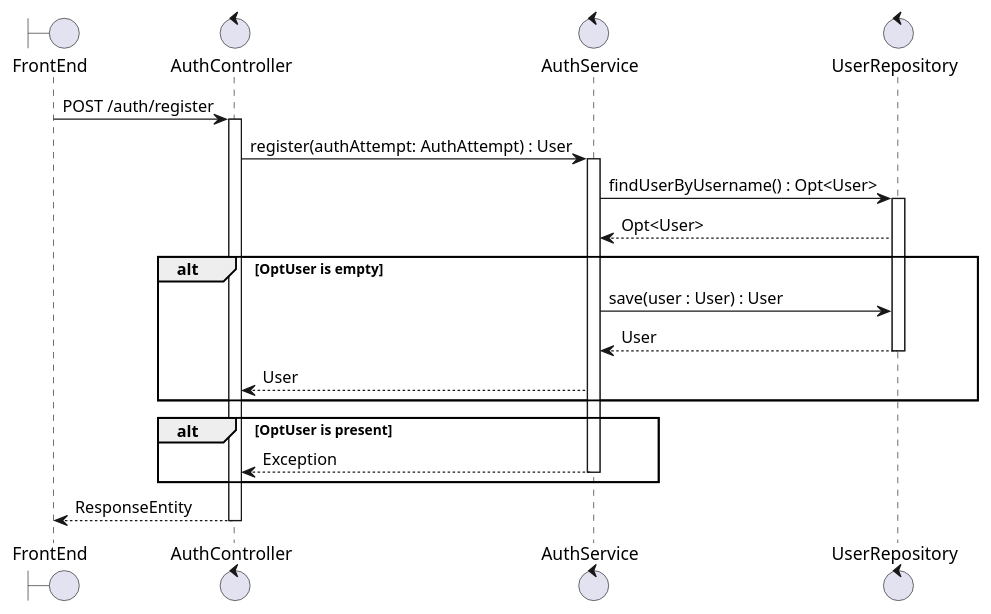
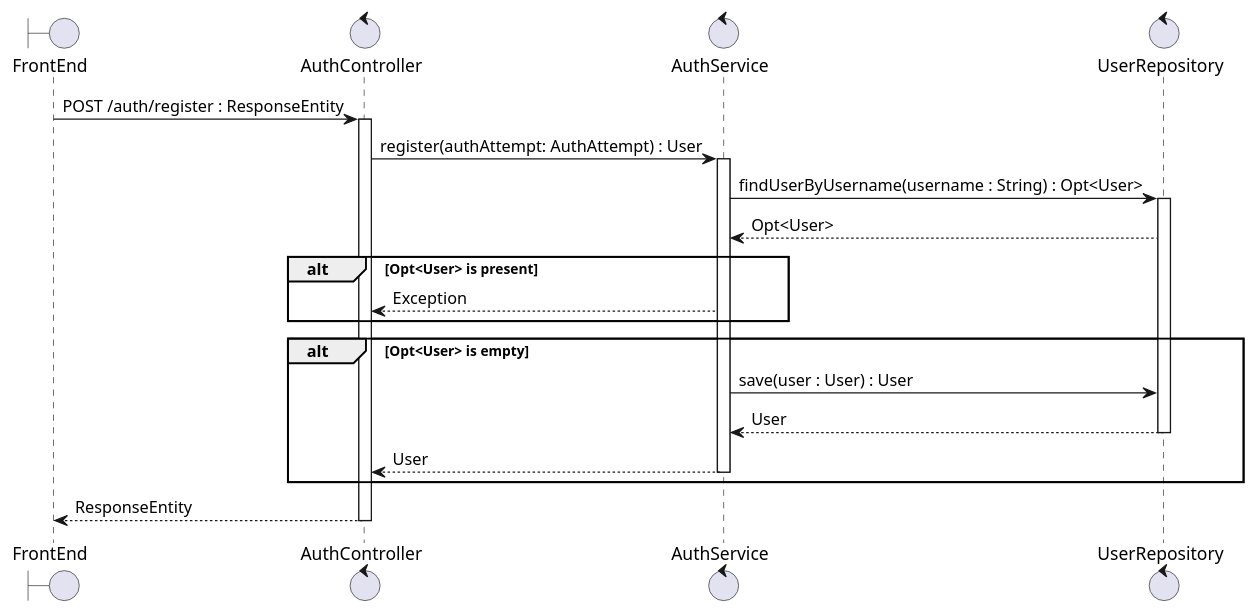
One commit to MoermansJ/eindwerk_backEnd changed the first of 2 diagrams in docs/sequenceDiagram.md. Above: the diagram before and after it, drawn with PlantUML. The commit also changed other lines of this file and 3 other files, not shown here.

````diff
--- a/docs/sequenceDiagram.md
+++ b/docs/sequenceDiagram.md
@@ -5,37 +5,37 @@
 ```plantuml
 @startuml
 Boundary FrontEnd as frontend
 Control AuthController as authcontroller
 Control AuthService as authservice
 Control UserRepository as userrepository
 
-frontend -> authcontroller : POST /auth/register
+frontend -> authcontroller : POST /auth/register : ResponseEntity
 activate authcontroller
 
 authcontroller -> authservice : register(authAttempt: AuthAttempt) : User
 activate authservice
 
-authservice -> userrepository : findUserByUsername() : Opt<User>
+authservice -> userrepository : findUserByUsername(username : String) : Opt<User>
 activate userrepository
 
 userrepository --> authservice : Opt<User>
 
-alt OptUser is empty
+alt Opt<User> is present
+authservice --> authcontroller : Exception
+end
+
+alt Opt<User> is empty
 authservice -> userrepository : save(user : User) : User
 
 userrepository --> authservice : User
 deactivate userrepository
 
 authservice --> authcontroller : User
-end
-
-alt OptUser is present
-authservice --> authcontroller : Exception
 deactivate authservice
 end
 
 authcontroller --> frontend : ResponseEntity
 deactivate authcontroller
 
 @enduml
 ```
````
